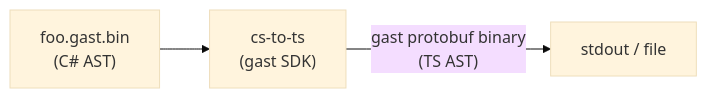
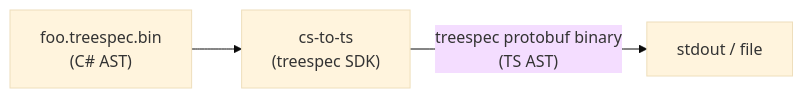
One commit to UnstoppableMango/gast changed the third of 6 diagrams in docs/USE-CASES.md. Above: the diagram before and after it, drawn with Mermaid (base theme). The commit also changed other lines of this file and 15 other files, not shown here.

````diff
--- a/docs/USE-CASES.md
+++ b/docs/USE-CASES.md
@@ -60,5 +60,5 @@
 ```mermaid
 flowchart LR
-    in["foo.gast.bin\n(C# AST)"] --> tool["cs-to-ts\n(gast SDK)"]
-    tool -->|"gast protobuf binary\n(TS AST)"| out["stdout / file"]
+    in["foo.treespec.bin\n(C# AST)"] --> tool["cs-to-ts\n(treespec SDK)"]
+    tool -->|"treespec protobuf binary\n(TS AST)"| out["stdout / file"]
 ```
````
